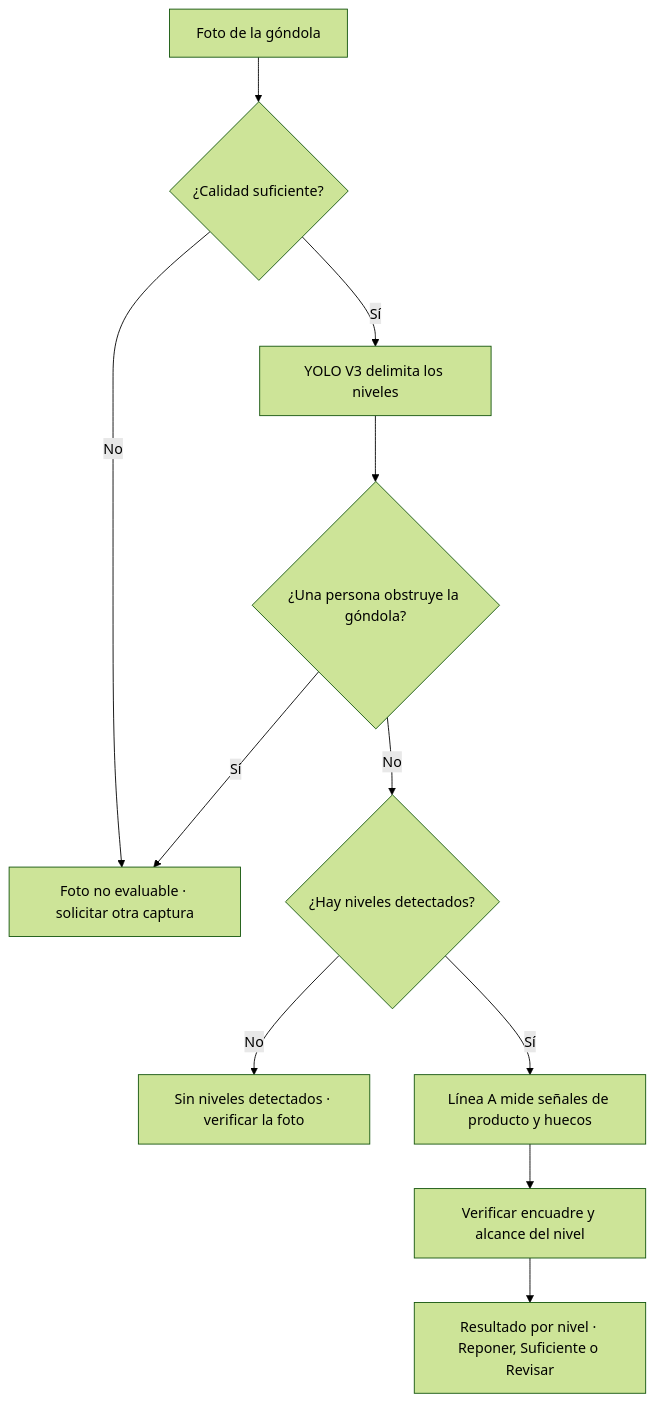
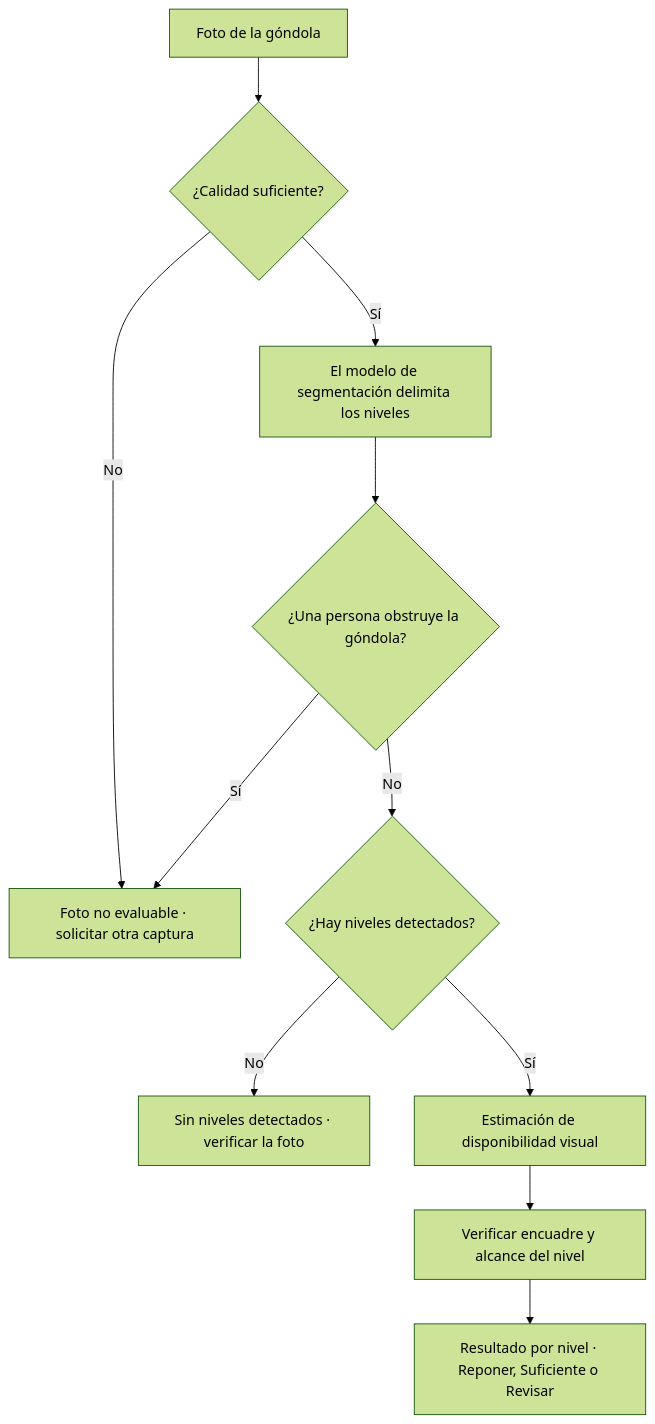
Before and after one commit to vcanio/Capstone2026: the second of 2 diagrams in README.md, drawn with Mermaid (forest theme). The commit also changed other lines of this file and 32 other files, not shown here.

Commit message:
Usa nombres funcionales para segmentación y disponibilidad visual

````diff
--- a/README.md
+++ b/README.md
@@ -200,13 +200,13 @@
 ```mermaid
 flowchart TD
     F["Foto de la góndola"] --> Q{"¿Calidad suficiente?"}
     Q -->|"No"| X["Foto no evaluable · solicitar otra captura"]
-    Q -->|"Sí"| Y["YOLO V3 delimita los niveles"]
+    Q -->|"Sí"| Y["El modelo de segmentación delimita los niveles"]
     Y --> P{"¿Una persona obstruye la góndola?"}
     P -->|"Sí"| X
     P -->|"No"| N{"¿Hay niveles detectados?"}
     N -->|"No"| V["Sin niveles detectados · verificar la foto"]
-    N -->|"Sí"| L["Línea A mide señales de producto y huecos"]
+    N -->|"Sí"| L["Estimación de disponibilidad visual"]
     L --> G["Verificar encuadre y alcance del nivel"]
     G --> R["Resultado por nivel · Reponer, Suficiente o Revisar"]
 ```
````
